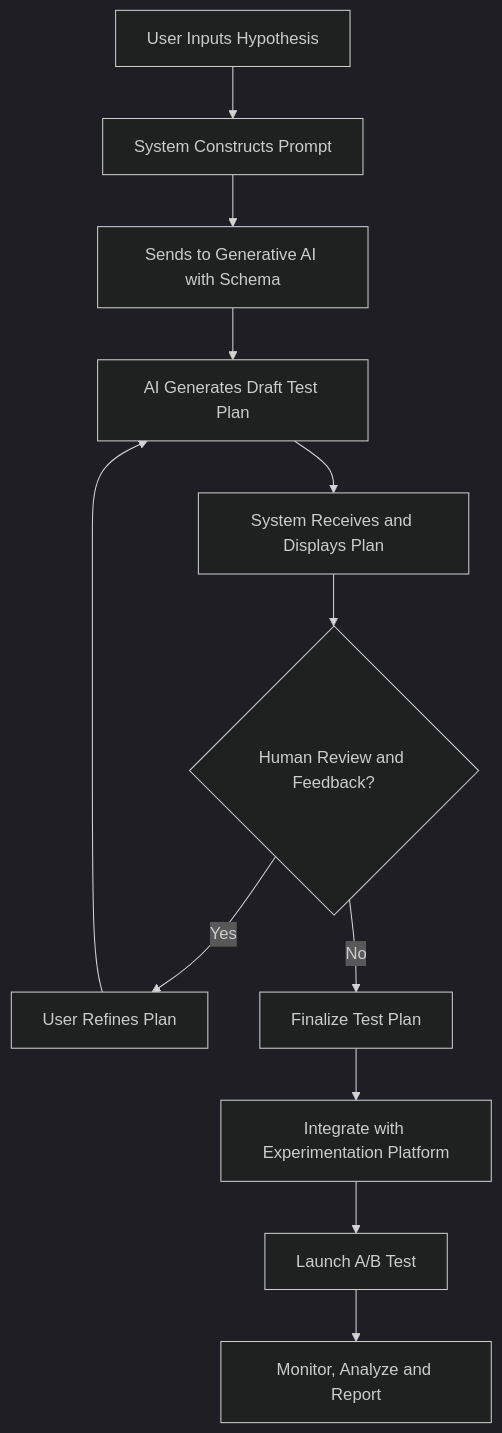
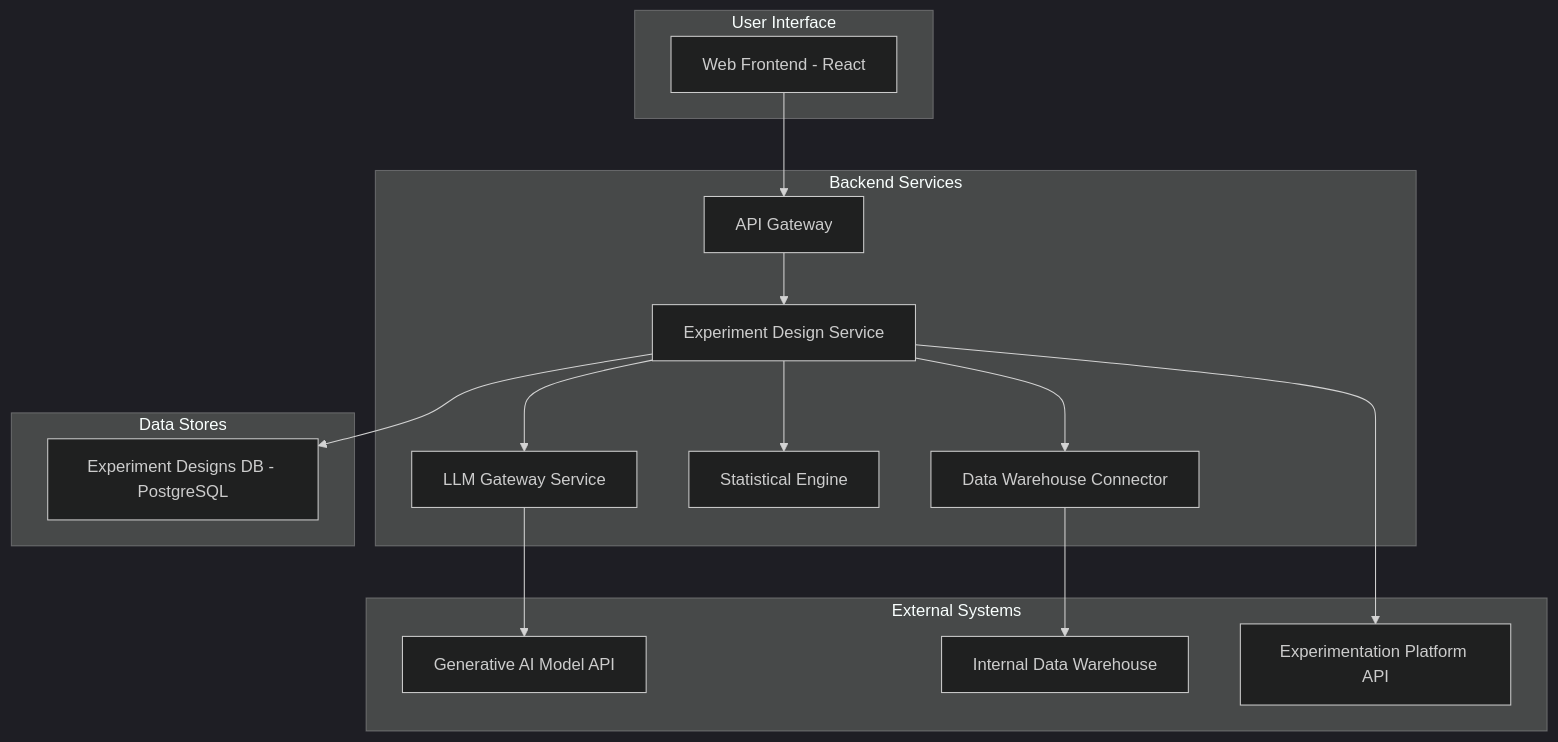
The first of 10 diagrams in inventions/056_ai_ab_test_designer.md (diplomat-bit/Citibank_Demo_Business_Inc_Demonstration-), drawn with Mermaid (dark theme) before and after one commit. The commit also changed other lines of this file, not shown here.

Commit message:
[AI] Edit: inventions/056_ai_ab_test_designer.md

````diff
--- a/inventions/056_ai_ab_test_designer.md
+++ b/inventions/056_ai_ab_test_designer.md
@@ -164,14 +187,31 @@
 ```mermaid
 graph TD
-    A[User Inputs Hypothesis] --> B[System Constructs Prompt]
-    B --> C[Sends to Generative AI with Schema]
-    C --> D[AI Generates Draft Test Plan]
-    D --> E[System Receives and Displays Plan]
-    E --> F{Human Review and Feedback?}
-    F -- Yes --> G[User Refines Plan]
-    G --> D
-    F -- No --> H[Finalize Test Plan]
-    H --> I[Integrate with Experimentation Platform]
-    I --> J[Launch A/B Test]
-    J --> K[Monitor, Analyze and Report]
+    subgraph User Interface
+        A[Web Frontend - React]
+    end
+    subgraph Backend Services
+        B[API Gateway]
+        C[Experiment Design Service]
+        D[LLM Gateway Service]
+        E[Statistical Engine]
+        F[Data Warehouse Connector]
+    end
+    subgraph External Systems
+        G[Generative AI Model API]
+        H[Internal Data Warehouse]
+        I[Experimentation Platform API]
+    end
+    subgraph Data Stores
+        J[Experiment Designs DB - PostgreSQL]
+    end
+
+    A --> B
+    B --> C
+    C --> D
+    C --> E
+    C --> F
+    C --> J
+    D --> G
+    F --> H
+    C --> I
 ```
````
